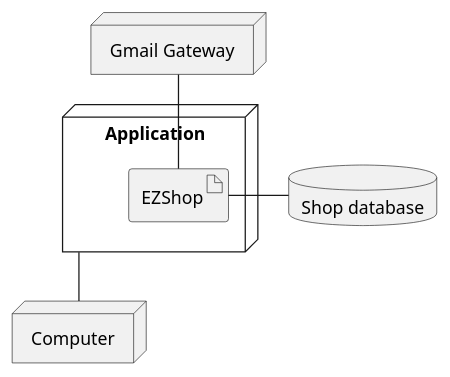
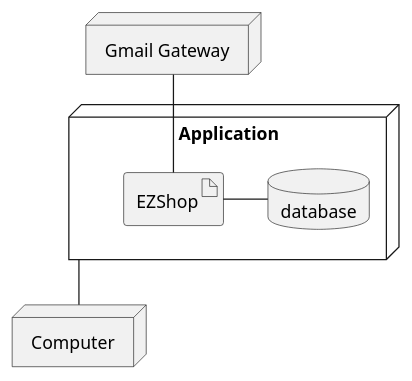
One commit to giuseppesalvi/ezshop changed the eighth of 8 diagrams in Deliverables/RequirementsDocument.md. Above: the diagram before and after it, drawn with PlantUML. The commit also changed other lines of this file, not shown here.

````diff
--- a/Deliverables/RequirementsDocument.md
+++ b/Deliverables/RequirementsDocument.md
@@ -482,13 +570,14 @@
 ```plantuml
 node Application {
     artifact EZShop
+    database "database" as db
 }
 
 node "Computer" as c
 node "Gmail Gateway" as gw
-database "Shop database" as db
+
 
 Application -down- c
 EZShop -right- db
 EZShop -up- gw
 ```
````
